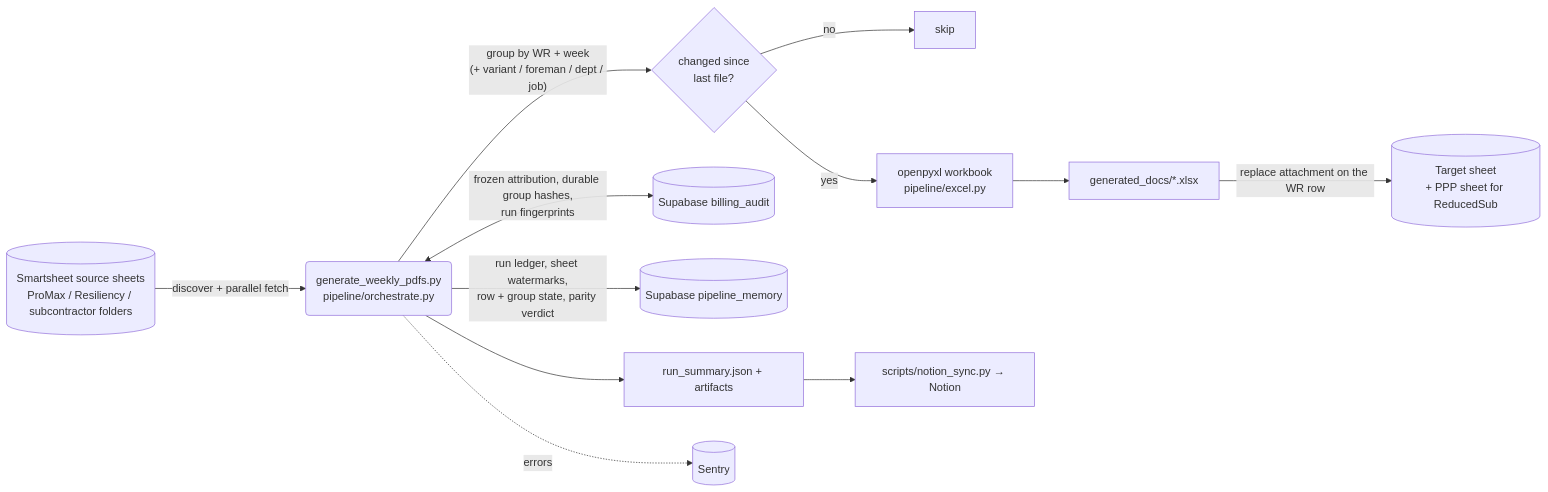
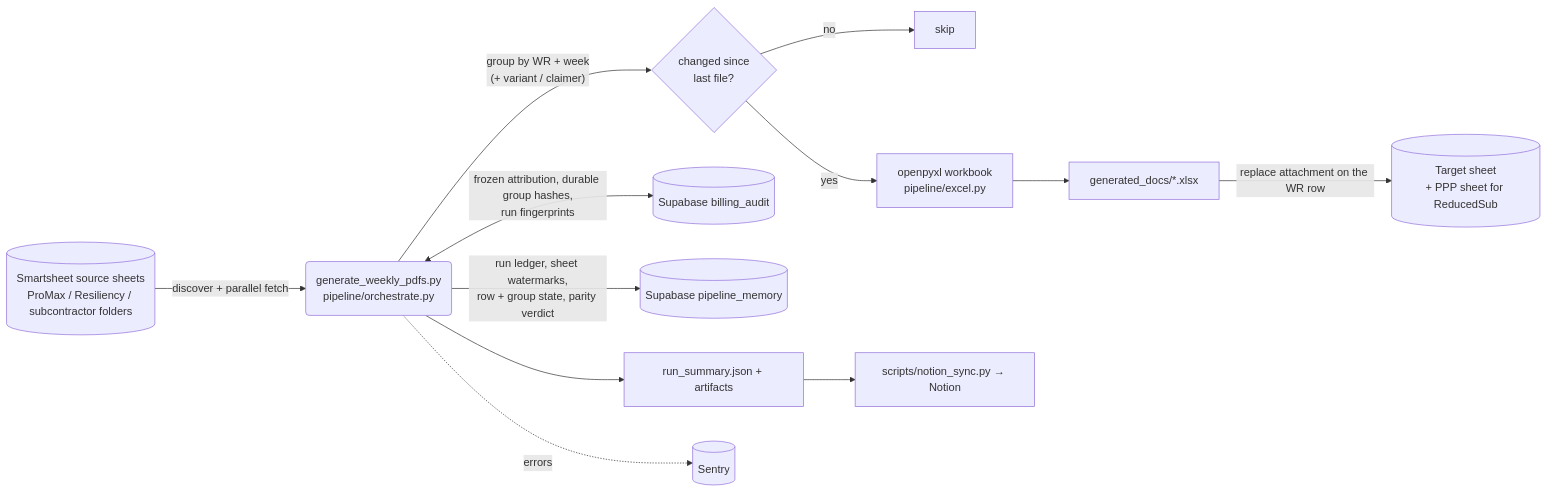
One commit to JFlo21/Generate-Weekly-PDFs-DSR-Resiliency changed the diagram in website/docs/runbook/overview.md. Above: the diagram before and after it, drawn with Mermaid. The commit also changed other lines of this file and 3 other files, not shown here.

````diff
--- a/website/docs/runbook/overview.md
+++ b/website/docs/runbook/overview.md
@@ -18,14 +18,14 @@
 ```mermaid
 flowchart LR
     A[(Smartsheet source sheets<br/>ProMax / Resiliency / subcontractor folders)] -->|discover + parallel fetch| B(generate_weekly_pdfs.py<br/>pipeline/orchestrate.py)
-    B -->|"group by WR + week<br/>(+ variant / foreman / dept / job)"| C{changed since<br/>last file?}
+    B -->|"group by WR + week<br/>(+ variant / claimer)"| C{changed since<br/>last file?}
     C -- no --> S[skip]
     C -- yes --> D[openpyxl workbook<br/>pipeline/excel.py]
     D --> E[generated_docs/*.xlsx]
     E -->|replace attachment on the WR row| T[(Target sheet<br/>+ PPP sheet for ReducedSub)]
     B <-->|frozen attribution, durable group hashes,<br/>run fingerprints| BA[(Supabase billing_audit)]
     B -->|run ledger, sheet watermarks,<br/>row + group state, parity verdict| PM[(Supabase pipeline_memory)]
     B --> R[run_summary.json + artifacts]
     R --> N[scripts/notion_sync.py → Notion]
     B -.errors.-> X[(Sentry)]
 ```
````
